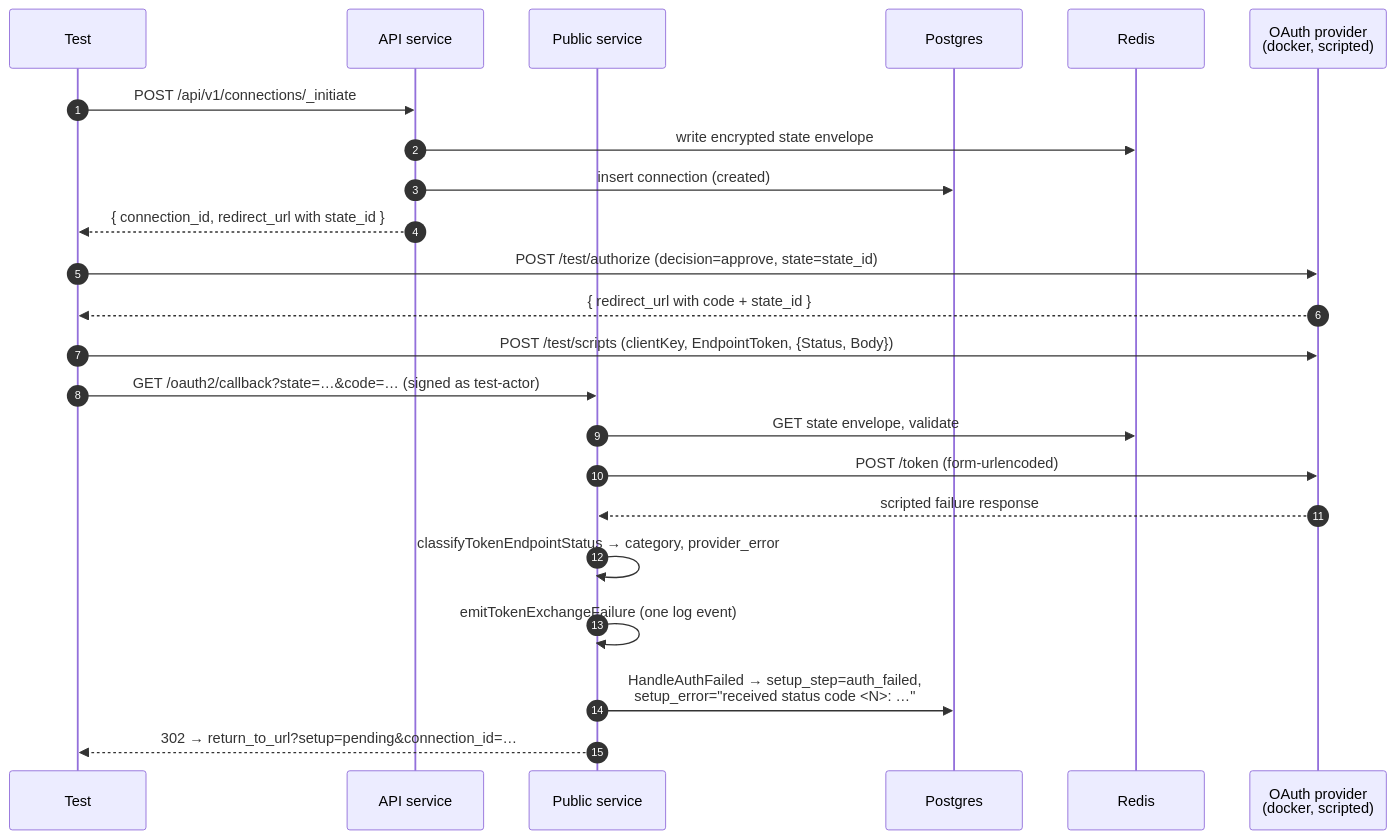
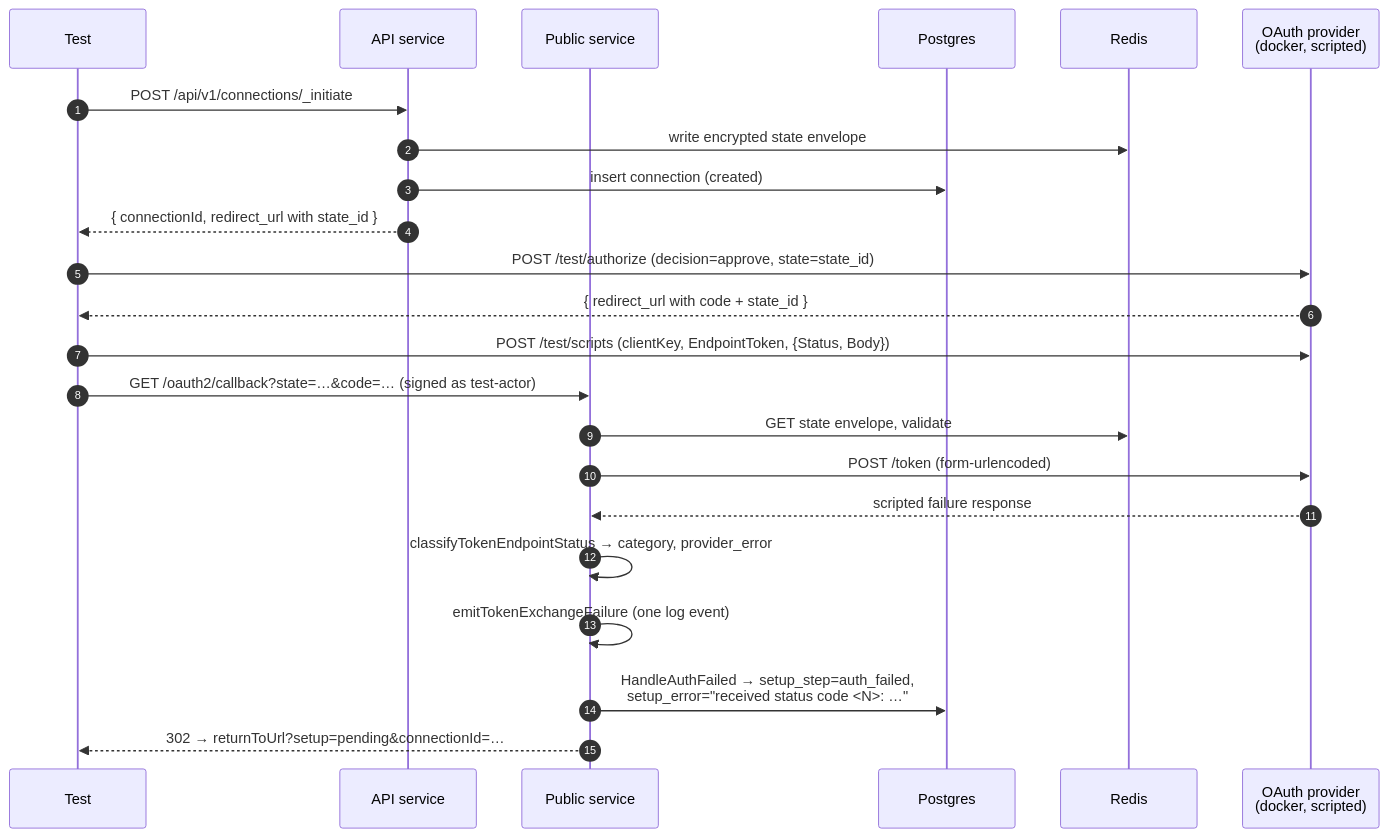
Before and after one commit to rmorlok/authproxy: the diagram in integration_tests/oauth2/callback_token_exchange_failure_test.md, drawn with Mermaid. The commit also changed other lines of this file and 228 other files, not shown here.

````diff
--- a/integration_tests/oauth2/callback_token_exchange_failure_test.md
+++ b/integration_tests/oauth2/callback_token_exchange_failure_test.md
@@ -142,29 +142,29 @@
 ```mermaid
 sequenceDiagram
     autonumber
     participant T as Test
     participant API as API service
     participant PUB as Public service
     participant DB as Postgres
     participant R as Redis
     participant P as OAuth provider<br/>(docker, scripted)
 
     T->>API: POST /api/v1/connections/_initiate
     API->>R: write encrypted state envelope
     API->>DB: insert connection (created)
-    API-->>T: { connection_id, redirect_url with state_id }
+    API-->>T: { connectionId, redirect_url with state_id }
 
     T->>P: POST /test/authorize (decision=approve, state=state_id)
     P-->>T: { redirect_url with code + state_id }
 
     T->>P: POST /test/scripts (clientKey, EndpointToken, {Status, Body})
 
     T->>PUB: GET /oauth2/callback?state=…&code=… (signed as test-actor)
     PUB->>R: GET state envelope, validate
     PUB->>P: POST /token (form-urlencoded)
     P-->>PUB: scripted failure response
     PUB->>PUB: classifyTokenEndpointStatus → category, provider_error
     PUB->>PUB: emitTokenExchangeFailure (one log event)
     PUB->>DB: HandleAuthFailed → setup_step=auth_failed,<br/>setup_error="received status code <N>: …"
-    PUB-->>T: 302 → return_to_url?setup=pending&connection_id=…
+    PUB-->>T: 302 → returnToUrl?setup=pending&connectionId=…
 ```
````
